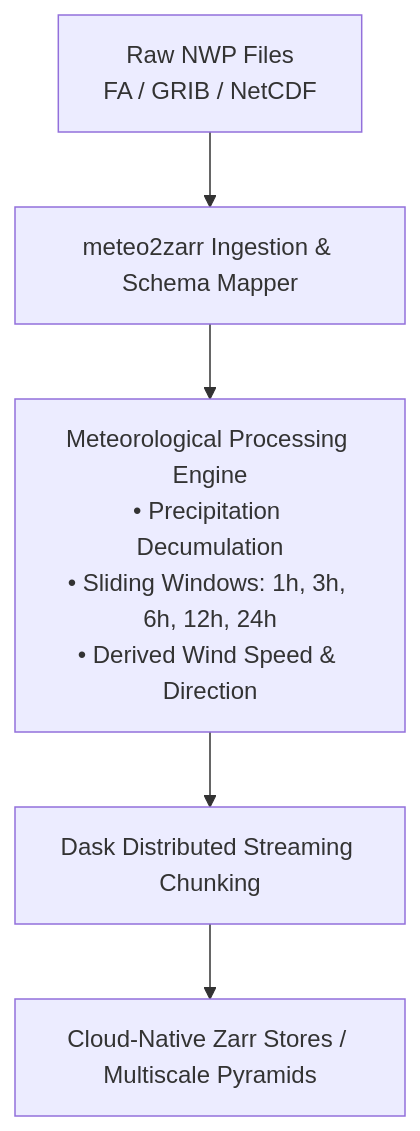
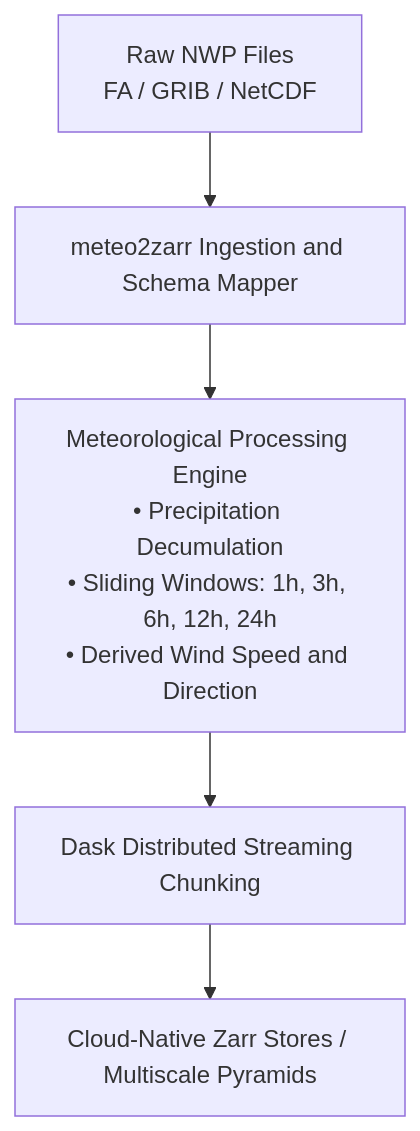
The diagram in README.md (walidchikhi/meteo2zarr), drawn with Mermaid before and after one commit. The commit also changed other lines of this file and 4 other files, not shown here.

````diff
--- a/README.md
+++ b/README.md
@@ -87,7 +87,7 @@
 ```mermaid
 graph TD
-    A[Raw NWP Files<br/>FA / GRIB / NetCDF] --> B[meteo2zarr Ingestion & Schema Mapper]
-    B --> C[Meteorological Processing Engine<br/>• Precipitation Decumulation<br/>• Sliding Windows: 1h, 3h, 6h, 12h, 24h<br/>• Derived Wind Speed & Direction]
+    A[Raw NWP Files<br/>FA / GRIB / NetCDF] --> B[meteo2zarr Ingestion and Schema Mapper]
+    B --> C[Meteorological Processing Engine<br/>• Precipitation Decumulation<br/>• Sliding Windows: 1h, 3h, 6h, 12h, 24h<br/>• Derived Wind Speed and Direction]
     C --> D[Dask Distributed Streaming Chunking]
     D --> E[Cloud-Native Zarr Stores / Multiscale Pyramids]
 ```
````
